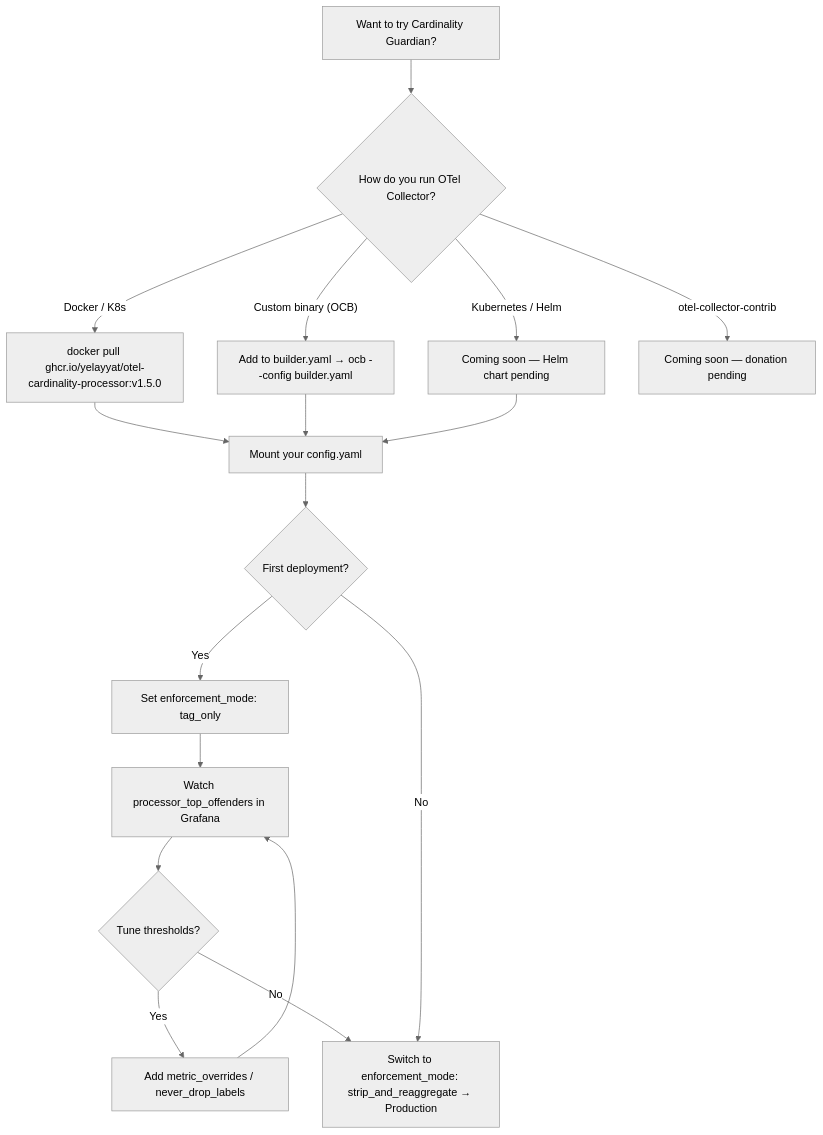
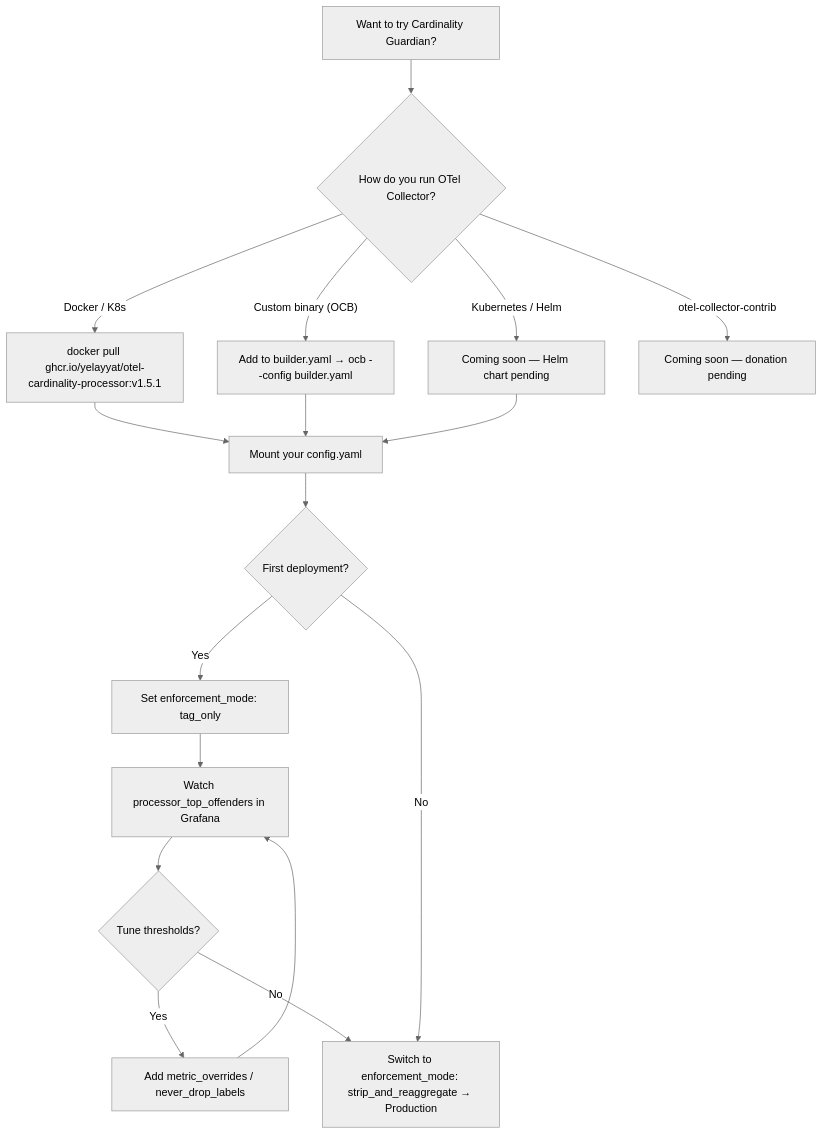
One commit to YElayyat/otel-cardinality-processor changed the second of 2 diagrams in README.md. Above: the diagram before and after it, drawn with Mermaid (neutral theme). The commit also changed other lines of this file and 5 other files, not shown here.

````diff
--- a/README.md
+++ b/README.md
@@ -178,19 +178,19 @@
 ```mermaid
 flowchart TD
     A[Want to try Cardinality Guardian?] --> B{How do you run OTel Collector?}
-    B -- "Docker / K8s" --> C["docker pull ghcr.io/yelayyat/otel-cardinality-processor:v1.5.0"]
+    B -- "Docker / K8s" --> C["docker pull ghcr.io/yelayyat/otel-cardinality-processor:v1.5.1"]
     B -- "Kubernetes / Helm" --> M["Coming soon — Helm chart pending"]
     B -- "Custom binary (OCB)" --> D[Add to builder.yaml → ocb --config builder.yaml]
     B -- "otel-collector-contrib" --> E["Coming soon — donation pending"]
     C --> F[Mount your config.yaml]
     D --> F
     M --> F
     F --> G{First deployment?}
     G -- Yes --> H["Set enforcement_mode: tag_only"]
     H --> I[Watch processor_top_offenders in Grafana]
     I --> J{Tune thresholds?}
     J -- Yes --> K[Add metric_overrides / never_drop_labels]
     K --> I
     J -- No --> L["Switch to enforcement_mode: strip_and_reaggregate → Production"]
     G -- No --> L
 ```
````
